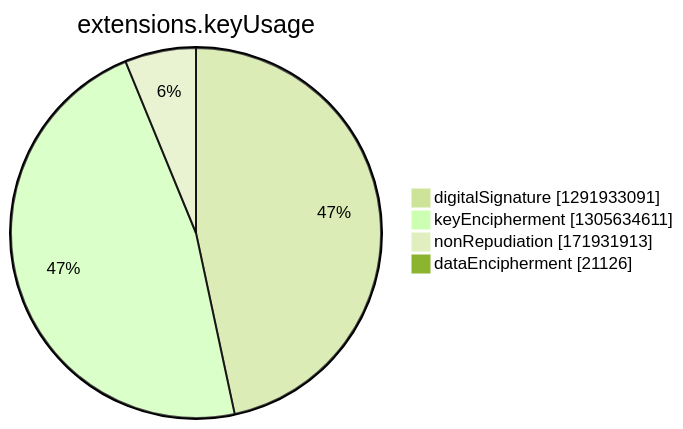
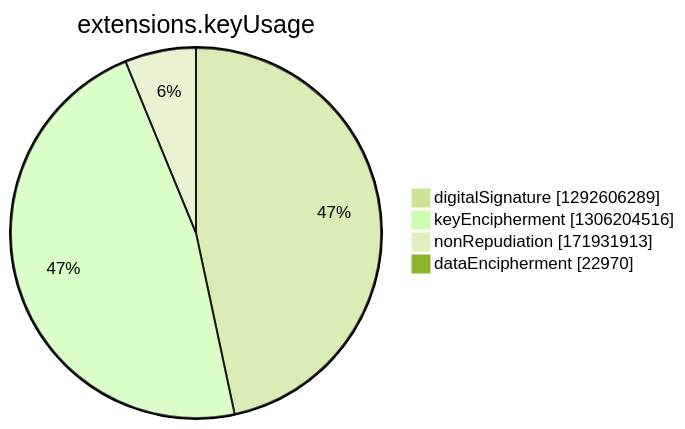
One commit to christiankrug/ctmonitor_visualization changed the seventh of 15 diagrams in argon2022/README.md. Above: the diagram before and after it, drawn with Mermaid (forest theme). The commit also changed other lines of this file, not shown here.

````diff
--- a/argon2022/README.md
+++ b/argon2022/README.md
@@ -2748,8 +2749,8 @@
 ```mermaid
 pie showData
 title extensions.keyUsage
-"digitalSignature" :1291933091
-"keyEncipherment" :1305634611
+"digitalSignature" :1292606289
+"keyEncipherment" :1306204516
 "nonRepudiation" :171931913
-"dataEncipherment" :21126
+"dataEncipherment" :22970
 ```
````
